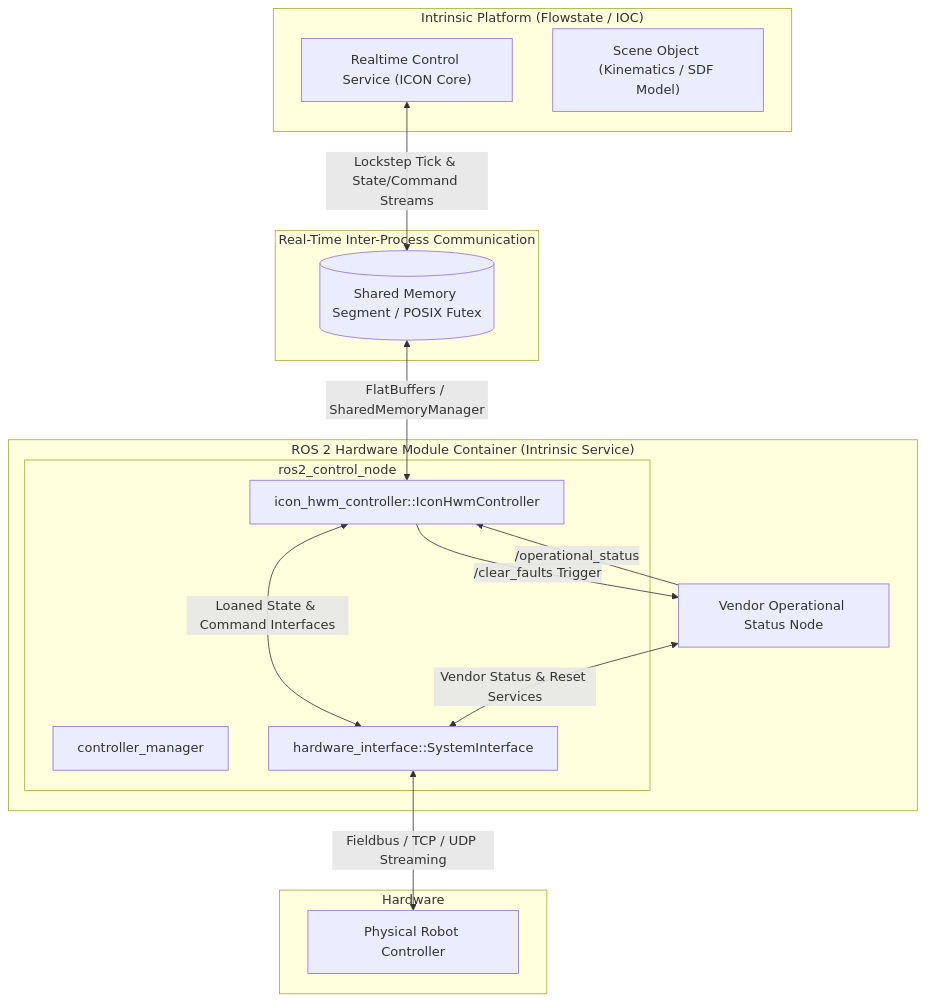
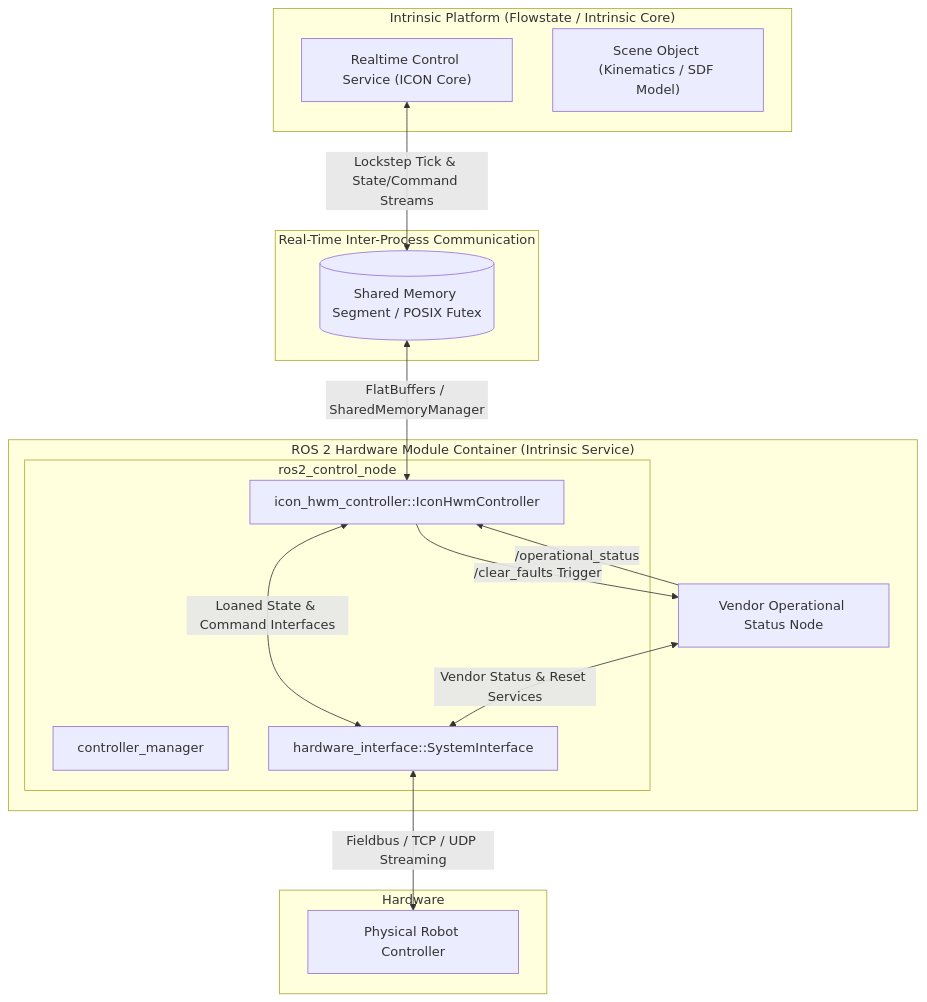
Before and after one commit to intrinsic-ai/icon-hwm-controller: the diagram in README.md, drawn with Mermaid. The commit also changed other lines of this file, not shown here.

````diff
--- a/README.md
+++ b/README.md
@@ -36,32 +36,32 @@
 ```mermaid
 flowchart TD
-    subgraph Platform["Intrinsic Platform (Flowstate / IOC)"]
+    subgraph Platform["Intrinsic Platform (Flowstate / Intrinsic Core)"]
         RCS["Realtime Control Service (ICON Core)"]
         SO["Scene Object (Kinematics / SDF Model)"]
     end
 
     subgraph IPC["Real-Time Inter-Process Communication"]
         SHM[("Shared Memory Segment / POSIX Futex")]
     end
 
     subgraph Container["ROS 2 Hardware Module Container (Intrinsic Service)"]
         subgraph ROS2["ros2_control_node"]
             CM["controller_manager"]
             CTRL["icon_hwm_controller::IconHwmController"]
             HW_IF["hardware_interface::SystemInterface"]
         end
         OP_NODE["Vendor Operational Status Node"]
     end
 
     subgraph Physical["Hardware"]
         ROBOT["Physical Robot Controller"]
     end
 
     RCS <-->|Lockstep Tick & State/Command Streams| SHM
     SHM <-->|FlatBuffers / SharedMemoryManager| CTRL
     CTRL <-->|Loaned State & Command Interfaces| HW_IF
     OP_NODE -->|/operational_status| CTRL
     CTRL -->|/clear_faults Trigger| OP_NODE
     OP_NODE <-->|Vendor Status & Reset Services| HW_IF
     HW_IF <-->|Fieldbus / TCP / UDP Streaming| ROBOT
 ```
````
